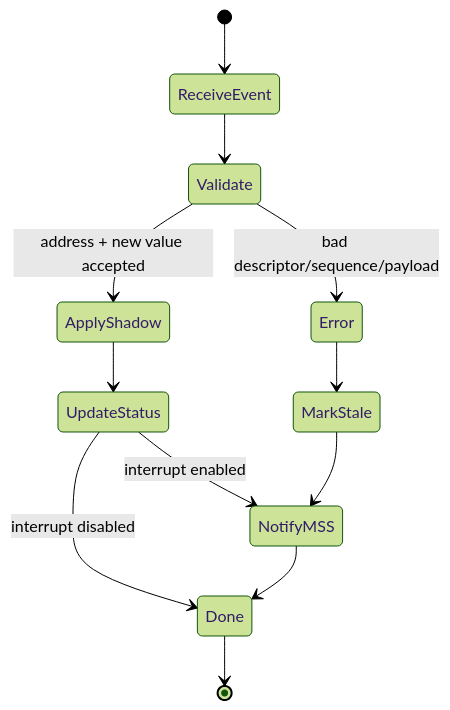
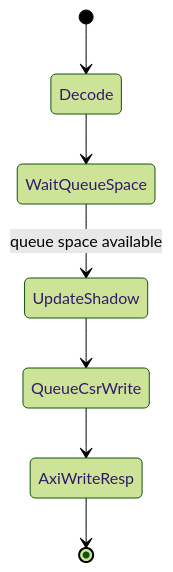
The third of 4 diagrams in interface_contract.md (uniqro/Remote-CSR-Proxy), drawn with Mermaid (forest theme) before and after one commit. The commit also changed other lines of this file and 1 other file, not shown here.

Commit message:
Refine resource optimized CSR proxy v1

````diff
--- a/interface_contract.md
+++ b/interface_contract.md
@@ -382,14 +363,9 @@
 ```mermaid
 stateDiagram-v2
-    [*] --> ReceiveEvent
-    ReceiveEvent --> Validate
-    Validate --> Error: bad descriptor/sequence/payload
-    Validate --> ApplyShadow: address + new value accepted
-    ApplyShadow --> UpdateStatus
-    UpdateStatus --> NotifyMSS: interrupt enabled
-    UpdateStatus --> Done: interrupt disabled
-    NotifyMSS --> Done
-    Error --> MarkStale
-    MarkStale --> NotifyMSS
-    Done --> [*]
+    [*] --> Decode
+    Decode --> WaitQueueSpace
+    WaitQueueSpace --> UpdateShadow: queue space available
+    UpdateShadow --> QueueCsrWrite
+    QueueCsrWrite --> AxiWriteResp
+    AxiWriteResp --> [*]
 ```
````
